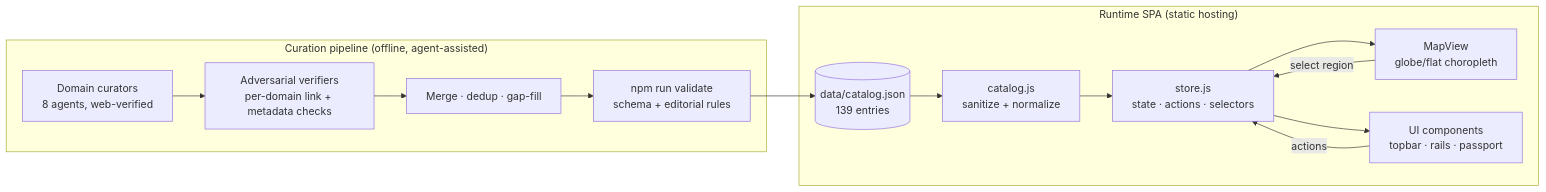
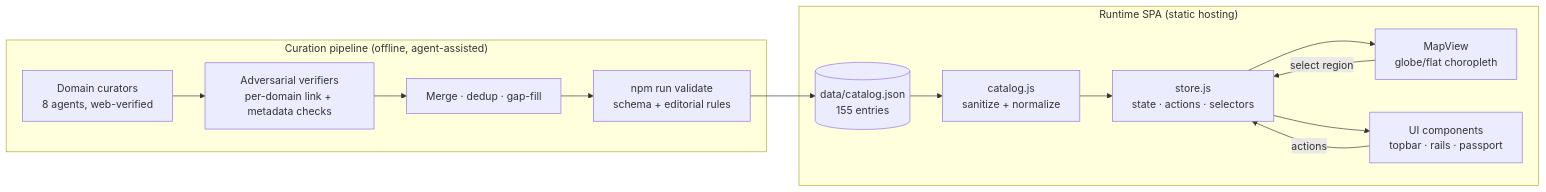
Before and after one commit to santoshshinde2012/dataset-atlas: the diagram in docs/system-design.md, drawn with Mermaid. The commit also changed other lines of this file and 14 other files, not shown here.

````diff
--- a/docs/system-design.md
+++ b/docs/system-design.md
@@ -25,17 +25,17 @@
 ```mermaid
 flowchart LR
   subgraph Curation["Curation pipeline (offline, agent-assisted)"]
     A[Domain curators<br/>8 agents, web-verified] --> B[Adversarial verifiers<br/>per-domain link + metadata checks]
     B --> C[Merge · dedup · gap-fill]
     C --> D[npm run validate<br/>schema + editorial rules]
   end
-  D --> E[(data/catalog.json<br/>139 entries)]
+  D --> E[(data/catalog.json<br/>155 entries)]
   subgraph Runtime["Runtime SPA (static hosting)"]
     E --> F[catalog.js<br/>sanitize + normalize]
     F --> G[store.js<br/>state · actions · selectors]
     G --> H[MapView<br/>globe/flat choropleth]
     G --> I[UI components<br/>topbar · rails · passport]
     H -->|select region| G
     I -->|actions| G
   end
 ```
````
